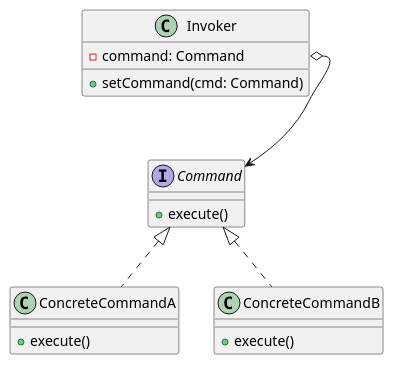
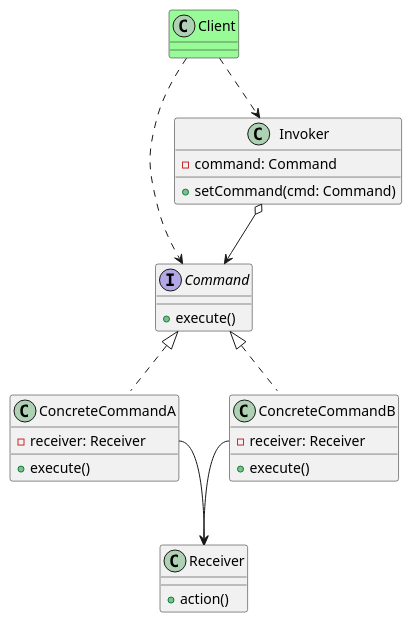
The diagram in source/8-设计模式/行为/2-命令模式.md (lighkLife/wiki), drawn with PlantUML before and after one commit. The commit also changed other lines of this file, not shown here.

Commit message:
设计模式：命令模式

````diff
--- a/source/8-设计模式/行为/2-命令模式.md
+++ b/source/8-设计模式/行为/2-命令模式.md
@@ -20,18 +20,29 @@
 ```uml
 interface Command {
     + execute()
 }
 class ConcreteCommandA implements Command {
+    - receiver: Receiver
     + execute()
 }
 class ConcreteCommandB implements Command {
+    - receiver: Receiver
     + execute()
 }
+ConcreteCommandA::receiver --> Receiver
+ConcreteCommandB::receiver --> Receiver
+
 class Invoker {
     - command: Command
     + setCommand(cmd: Command)
 }
-Invoker::command o-->  Command
+Invoker o-->  Command
 
+class Receiver {
+    + action()
+}
 
+class Client #palegreen
+Client ..> Invoker
+Client ..> Command
 ```
````
